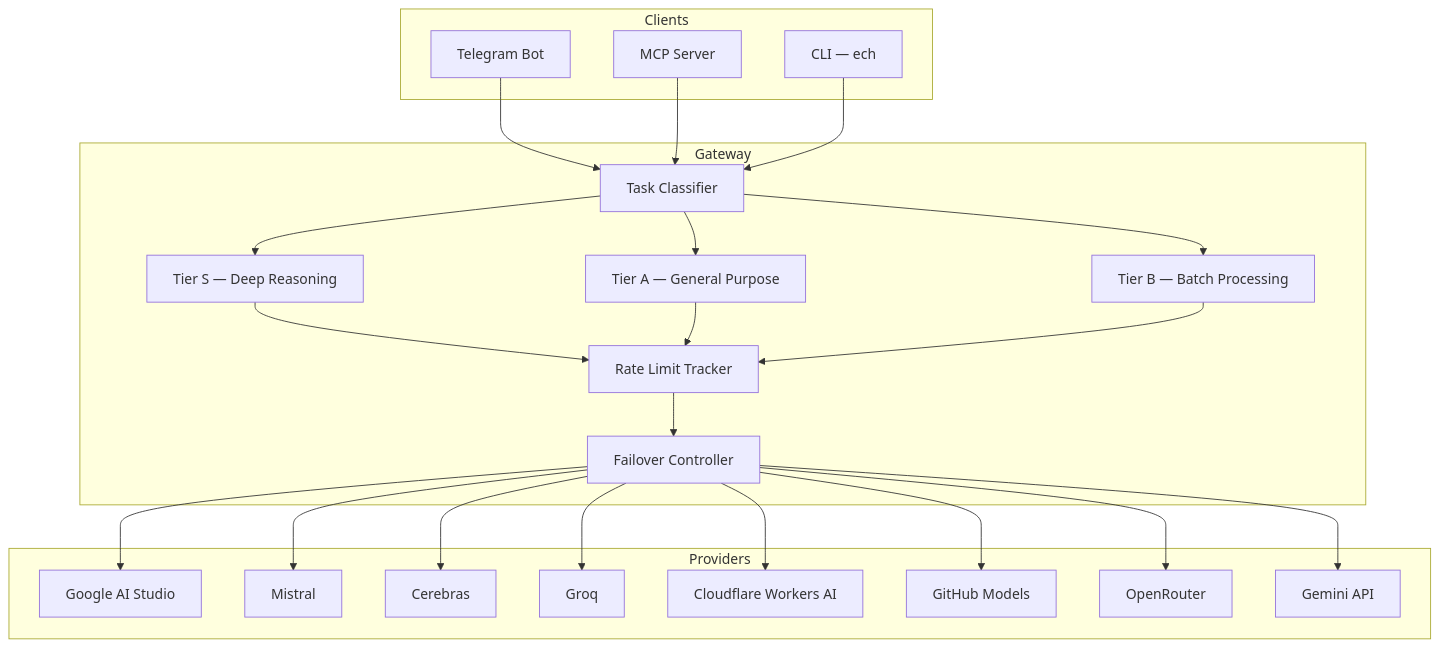
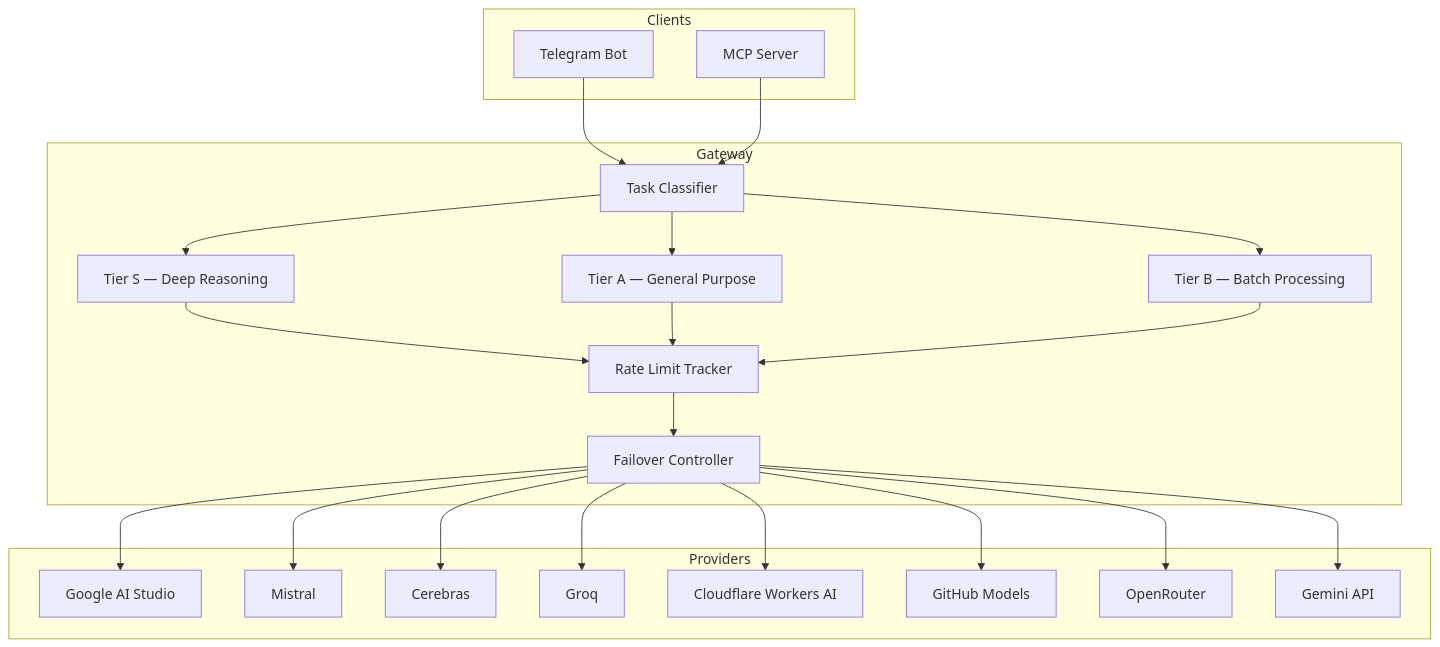
The diagram in README.md (tengigabytes/Echeneis), drawn with Mermaid before and after one commit. The commit also changed other lines of this file and 3 other files, not shown here.

First line of the commit message:
chore: remove unimplemented ech CLI stub

````diff
--- a/README.md
+++ b/README.md
@@ -21,51 +20,49 @@
 ```mermaid
 graph TD
     subgraph Clients
         TB[Telegram Bot]
         MCP[MCP Server]
-        CLI[CLI — ech]
     end
 
     subgraph Gateway
         TC[Task Classifier]
         TS[Tier S — Deep Reasoning]
         TA[Tier A — General Purpose]
         TBT[Tier B — Batch Processing]
         RL[Rate Limit Tracker]
         FO[Failover Controller]
     end
 
     subgraph Providers
         GAS[Google AI Studio]
         MIS[Mistral]
         CER[Cerebras]
         GRQ[Groq]
         CF[Cloudflare Workers AI]
         GH[GitHub Models]
         OR[OpenRouter]
         GEM[Gemini API]
     end
 
     TB --> TC
     MCP --> TC
-    CLI --> TC
 
     TC --> TS
     TC --> TA
     TC --> TBT
 
     TS --> RL
     TA --> RL
     TBT --> RL
 
     RL --> FO
 
     FO --> GAS
     FO --> MIS
     FO --> CER
     FO --> GRQ
     FO --> CF
     FO --> GH
     FO --> OR
     FO --> GEM
 ```
````
